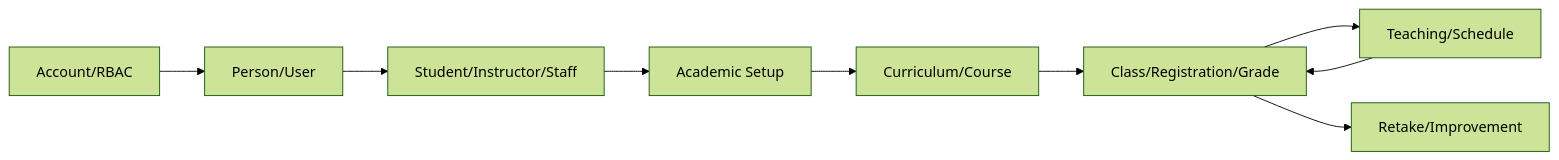
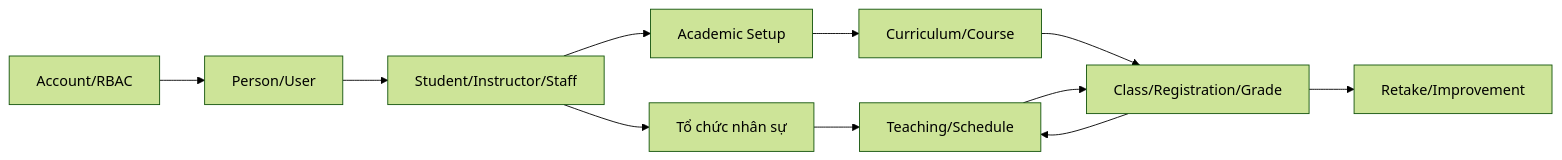
Before and after one commit to NguyenThoNgocIT/ems_educations: diagram 30 of 30 in backend/docs/20260529_chapter2_system_analysis_design.md, drawn with Mermaid (forest theme). The commit also changed other lines of this file and 1 other file, not shown here.

````diff
--- a/backend/docs/20260529_chapter2_system_analysis_design.md
+++ b/backend/docs/20260529_chapter2_system_analysis_design.md
@@ -1424,11 +1917,13 @@
 ```mermaid
 flowchart LR
     A["Account/RBAC"] --> B["Person/User"]
     B --> C["Student/Instructor/Staff"]
+    C --> HR["Tổ chức nhân sự"]
     C --> D["Academic Setup"]
+    HR --> G["Teaching/Schedule"]
     D --> E["Curriculum/Course"]
     E --> F["Class/Registration/Grade"]
-    F --> G["Teaching/Schedule"]
+    F --> G
     G --> F
     F --> H["Retake/Improvement"]
 ```
````
